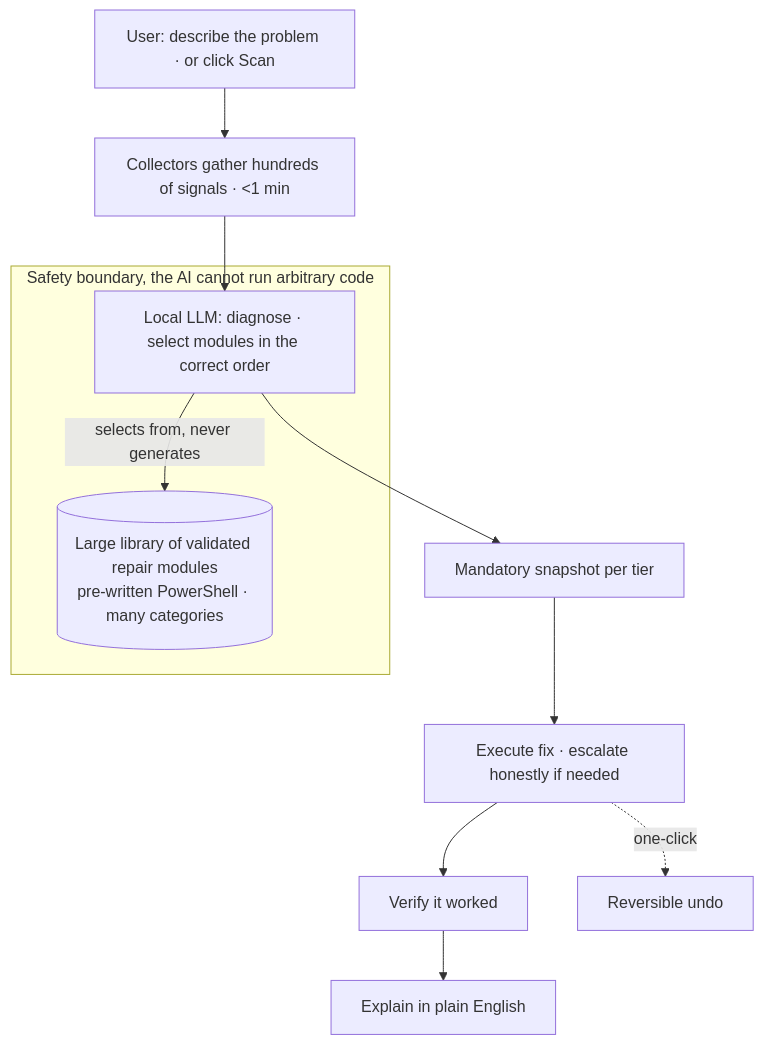
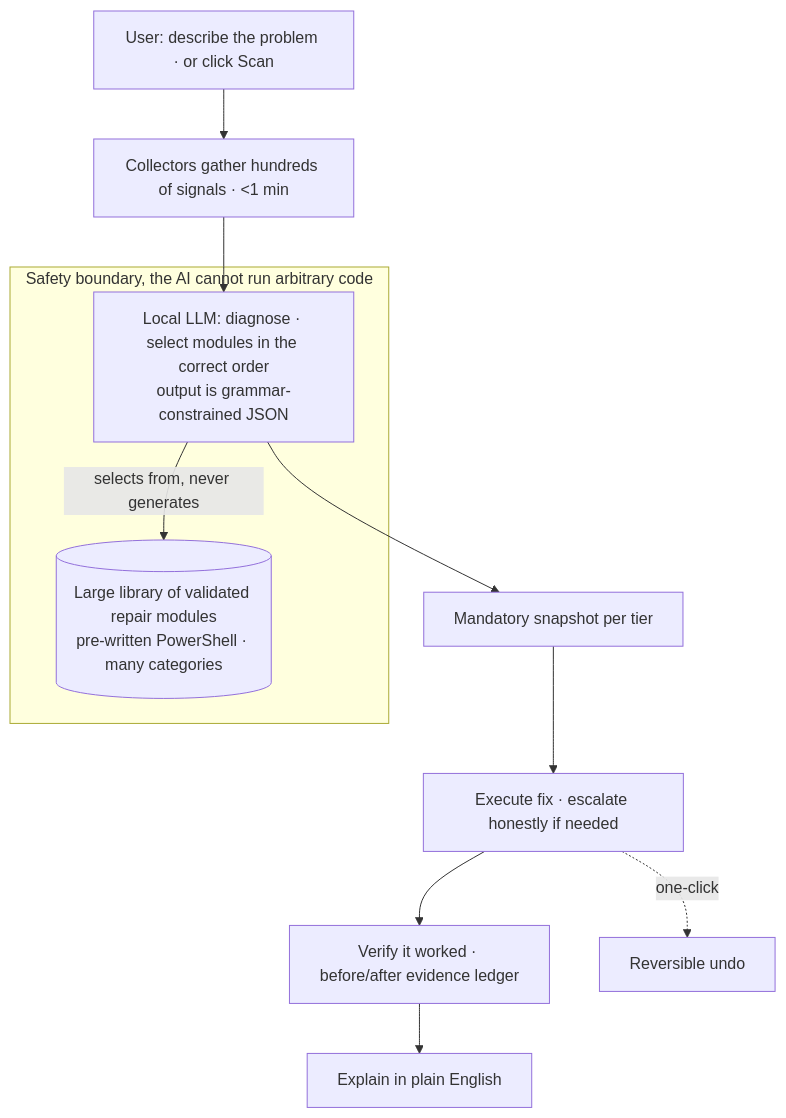
The diagram in README.md (SFX-TECH/simplefixai-showcase), drawn with Mermaid before and after one commit. The commit also changed other lines of this file, not shown here.

First line of the commit message:
docs(readme): surface trust/security capabilities; refresh architecture diagram (#1)

````diff
--- a/README.md
+++ b/README.md
@@ -60,15 +60,15 @@
 ```mermaid
 flowchart TD
     U["User: describe the problem · or click Scan"] --> C["Collectors gather hundreds of signals · &lt;1 min"]
-    C --> AI["Local LLM: diagnose · select modules in the correct order"]
+    C --> AI["Local LLM: diagnose · select modules in the correct order<br/>output is grammar-constrained JSON"]
     AI -->|selects from, never generates| LIB[("Large library of validated repair modules<br/>pre-written PowerShell · many categories")]
     AI --> SNAP["Mandatory snapshot per tier"]
     SNAP --> EXE["Execute fix · escalate honestly if needed"]
-    EXE --> V["Verify it worked"]
+    EXE --> V["Verify it worked · before/after evidence ledger"]
     V --> EXP["Explain in plain English"]
     EXE -. one-click .-> UNDO["Reversible undo"]
     subgraph SB ["Safety boundary, the AI cannot run arbitrary code"]
       AI
       LIB
     end
 ```
````
